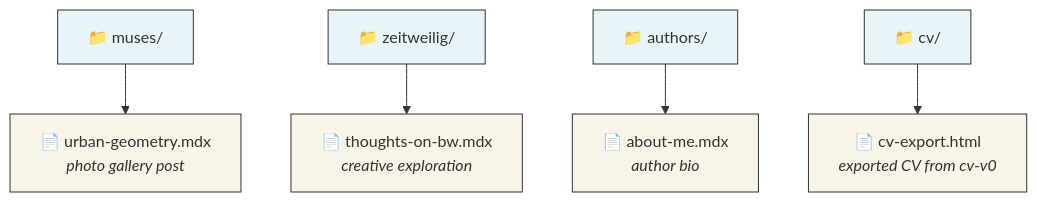
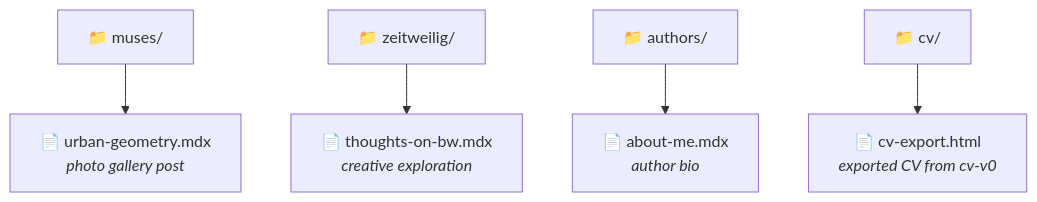
The sixth of 9 diagrams in README.md (erfianugrah/revista-3), drawn with Mermaid before and after one commit. The commit also changed other lines of this file and 4 other files, not shown here.

First line of the commit message:
chore: clean up docs — remove PLAN.md, merge Docker README, fix mermaid contrast

````diff
--- a/README.md
+++ b/README.md
@@ -313,16 +277,10 @@
 ```mermaid
 graph TD
-    classDef contentType fill:#e8f4f8,stroke:#333,stroke-width:1px
-    classDef mdFile fill:#f8f4e8,stroke:#333,stroke-width:1px
-
     D["📁 muses/"] --> L["📄 urban-geometry.mdx<br><i>photo gallery post</i>"]
 
     E["📁 zeitweilig/"] --> M["📄 thoughts-on-bw.mdx<br><i>creative exploration</i>"]
 
     F["📁 authors/"] --> N["📄 about-me.mdx<br><i>author bio</i>"]
 
     G["📁 cv/"] --> O["📄 cv-export.html<br><i>exported CV from cv-v0</i>"]
-
-    class D,E,F,G contentType
-    class L,M,N,O mdFile
 ```
````
